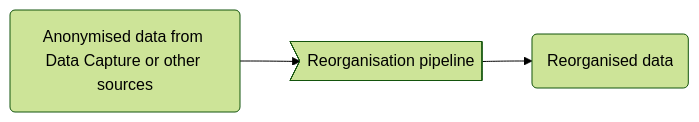
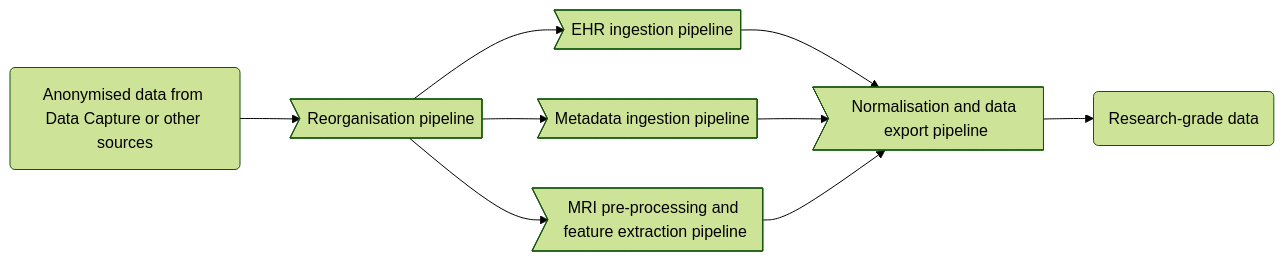
The first of 4 diagrams in content/data-factory/pipelines.md (HBPMedical/specifications), drawn with Mermaid (forest theme) before and after one commit. The commit also changed other lines of this file and 1 other file, not shown here.

```diff
--- a/content/data-factory/pipelines.md
+++ b/content/data-factory/pipelines.md
@@ -18,8 +18,18 @@
 {{<mermaid align="left">}}
 graph LR
         data_in(Anonymised data from Data Capture or other sources)
-        data_out(Reorganised data)
+        data_out(Research-grade data)
         reorg_pipeline> Reorganisation pipeline]
+        ehr_pipeline> EHR ingestion pipeline]
+        metadata_pipeline> Metadata ingestion pipeline]
+        preprocessing_pipeline> MRI pre-processing and feature extraction pipeline]
+        normalisation_pipeline> Normalisation and data export pipeline]
         data_in --> reorg_pipeline
-        reorg_pipeline --> data_out
+        reorg_pipeline --> ehr_pipeline
+        reorg_pipeline --> metadata_pipeline
+        reorg_pipeline --> preprocessing_pipeline
+        ehr_pipeline --> normalisation_pipeline
+        metadata_pipeline --> normalisation_pipeline
+        preprocessing_pipeline --> normalisation_pipeline
+        normalisation_pipeline --> data_out
 {{< /mermaid >}}
```
